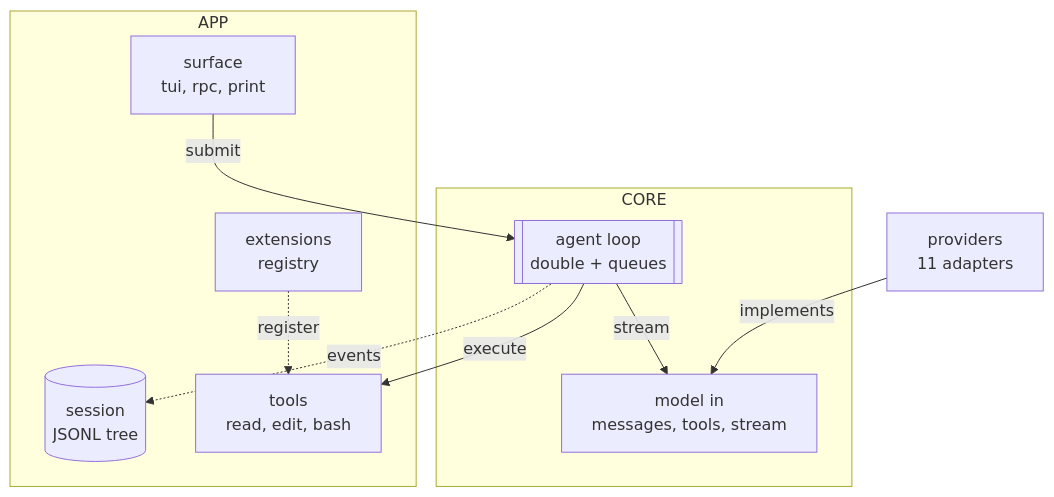
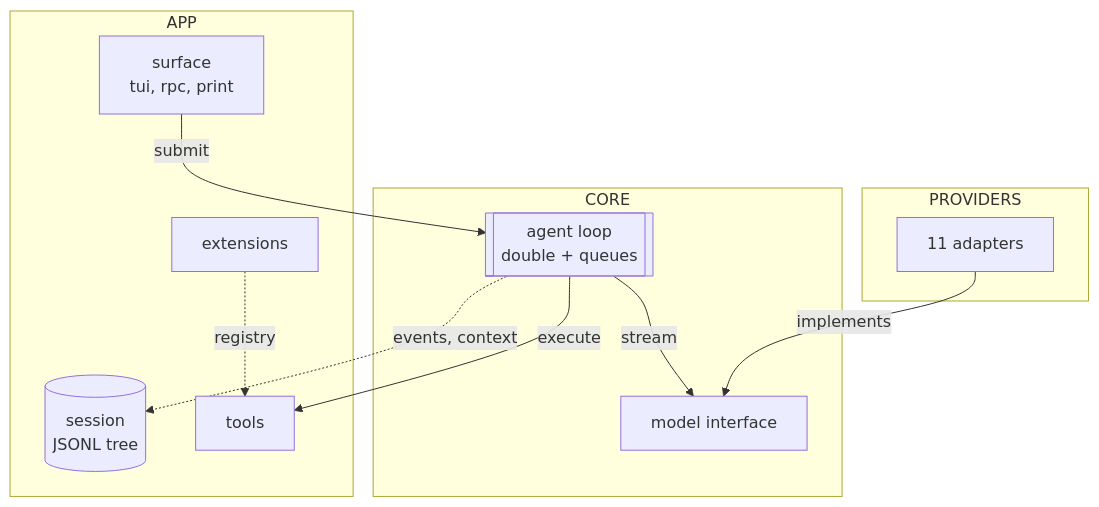
The first of 2 diagrams in README.md (OverbearingPearl/pearl), drawn with Mermaid before and after one commit. The commit also changed other lines of this file, not shown here.

````diff
--- a/README.md
+++ b/README.md
@@ -51,20 +52,22 @@
 ```mermaid
 flowchart TB
   subgraph core["CORE"]
     loop[["agent loop<br/>double + queues"]]
-    model["model in<br/>messages, tools, stream"]
+    model["model interface"]
   end
   subgraph app["APP"]
     sess[("session<br/>JSONL tree")]
-    tools["tools<br/>read, edit, bash"]
-    ext["extensions<br/>registry"]
+    tools["tools"]
+    ext["extensions"]
     surface["surface<br/>tui, rpc, print"]
   end
-  prov["providers<br/>11 adapters"]
+  subgraph provs["PROVIDERS"]
+    prov["11 adapters"]
+  end
   surface -->|submit| loop
   loop -->|stream| model
   loop -->|execute| tools
-  loop -.->|events| sess
-  ext -.->|register| tools
+  loop -.->|"events, context"| sess
+  ext -.->|registry| tools
   prov -->|implements| model
 ```
````
